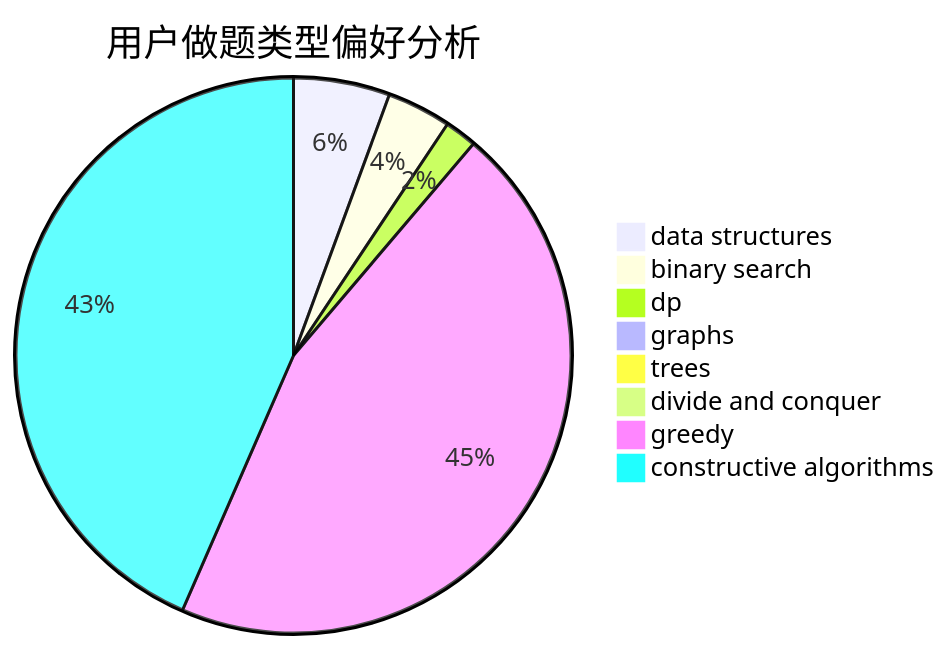
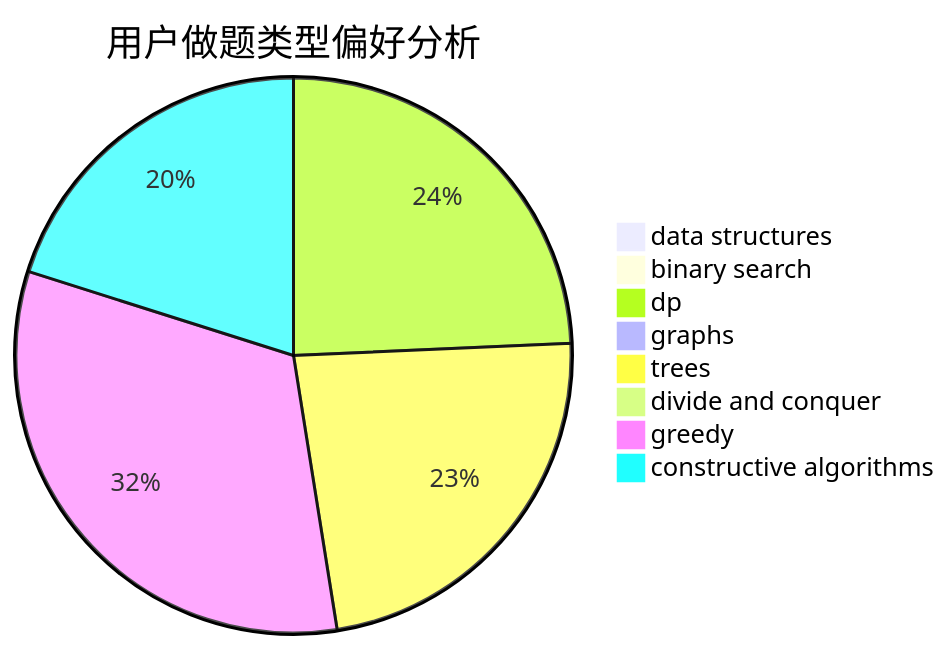
Before and after one commit to sherpahu/cfrs.github.io: the second of 3 diagrams in docs/user/u949.md, drawn with Mermaid. The commit also changed other lines of this file and 2770 other files, not shown here.

````diff
--- a/docs/user/u949.md
+++ b/docs/user/u949.md
@@ -23,11 +23,11 @@
 ```mermaid
 pie title 用户做题类型偏好分析
-    "data structures" :  12
-    "binary search" :  8
-    "dp" :  4
-    "graphs" :  0
-    "trees" :  0
+    "data structures" :  3
+    "binary search" :  0
+    "dp" :  87
+    "graphs" :  1
+    "trees" :  83
     "divide and conquer" :  0
-    "greedy" :  97
-    "constructive algorithms" :  93
+    "greedy" :  116
+    "constructive algorithms" :  72
 ```
````
